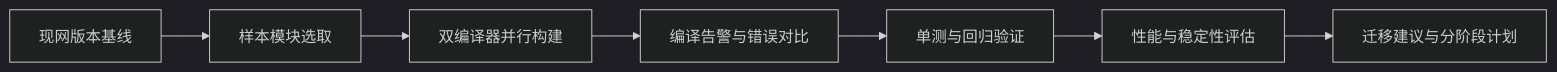
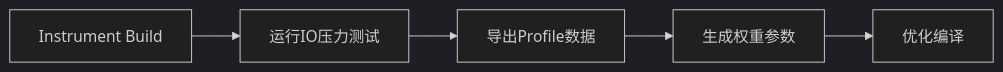
One commit to a869320750/MyHtmlResume changed the third of 3 diagrams in data/markdown/huawei-compiler-migration/detail_design.md. Above: the diagram before and after it, drawn with Mermaid (dark theme). The commit also changed other lines of this file and 5 other files, not shown here.

````diff
--- a/data/markdown/huawei-compiler-migration/detail_design.md
+++ b/data/markdown/huawei-compiler-migration/detail_design.md
@@ -18,9 +180,7 @@
 ```mermaid
 flowchart LR
-    A[现网版本基线] --> B[样本模块选取]
-    B --> C[双编译器并行构建]
-    C --> D[编译告警与错误对比]
-    D --> E[单测与回归验证]
-    E --> F[性能与稳定性评估]
-    F --> G[迁移建议与分阶段计划]
+A[Instrument Build] --> B[运行IO压力测试]
+B --> C[导出Profile数据]
+C --> D[生成权重参数]
+D --> E[优化编译]
 ```
````
